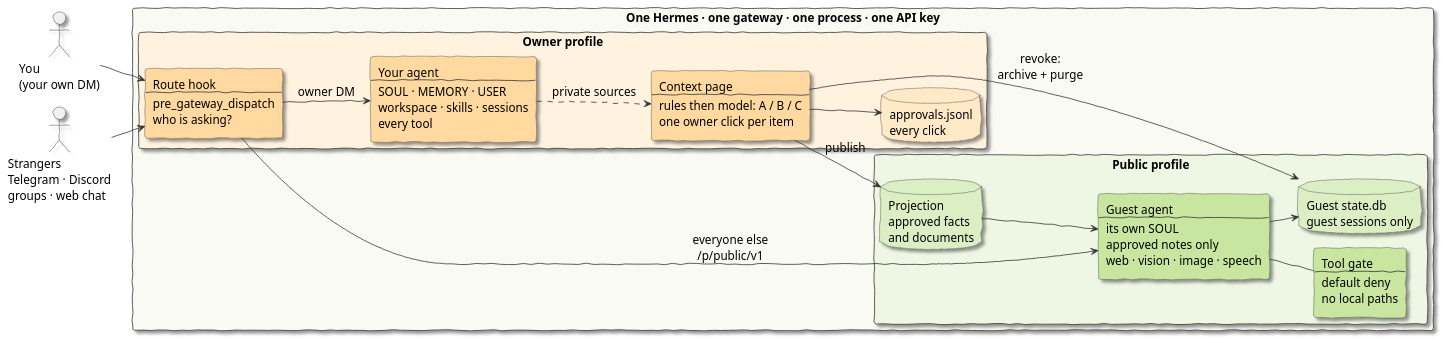
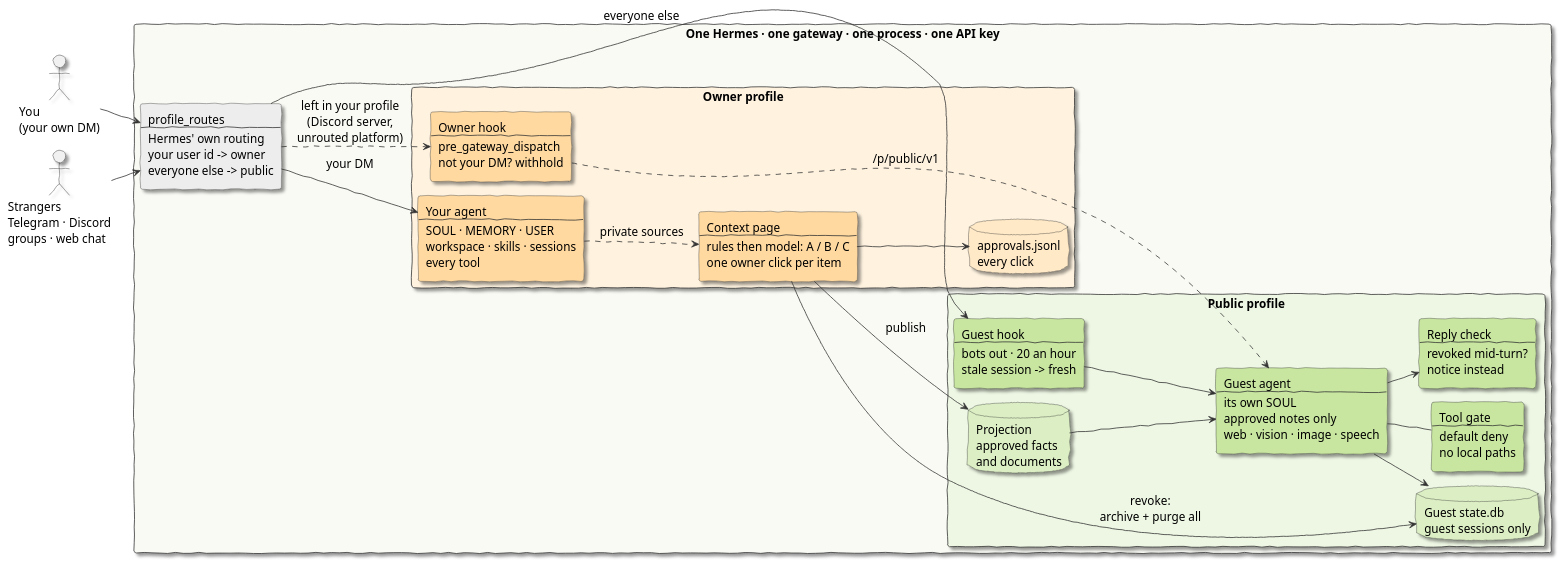
The diagram in docs/diagrams/overview.puml (dotv-7/salts-secrets-plugin), drawn with PlantUML before and after one commit. The commit also changed 20 other files, not shown here.

```diff
--- a/docs/diagrams/overview.puml
+++ b/docs/diagrams/overview.puml
@@ -1,47 +1,54 @@
 @startuml
 !pragma layout smetana
 skinparam handwritten true
 skinparam defaultFontName Dekko
 skinparam defaultFontSize 15
 skinparam shadowing true
 skinparam backgroundColor white
 skinparam ArrowColor #333333
 skinparam rectangle {
   RoundCorner 6
   BorderColor #333333
 }
 skinparam database {
   BorderColor #333333
 }
 left to right direction
 
 actor "You\n(your own DM)" as you
 actor "Strangers\nTelegram · Discord\ngroups · web chat" as guest
 
 rectangle "One Hermes · one gateway · one process · one API key" #FAFAF5 {
+  rectangle "profile_routes\n--\nHermes' own routing\nyour user id -> owner\neveryone else -> public" as routes #EDEDED
   rectangle "Owner profile" #FFF3E0 {
-    rectangle "Route hook\n--\npre_gateway_dispatch\nwho is asking?" as route #FFD9A0
     rectangle "Your agent\n--\nSOUL · MEMORY · USER\nworkspace · skills · sessions\nevery tool" as oagent #FFD9A0
+    rectangle "Owner hook\n--\npre_gateway_dispatch\nnot your DM? withhold" as ohook #FFD9A0
     rectangle "Context page\n--\nrules then model: A / B / C\none owner click per item" as board #FFD9A0
     database "approvals.jsonl\nevery click" as log #FFE9C7
   }
   rectangle "Public profile" #EEF7E4 {
+    rectangle "Guest hook\n--\nbots out · 20 an hour\nstale session -> fresh" as ghook #C8E6A0
     rectangle "Guest agent\n--\nits own SOUL\napproved notes only\nweb · vision · image · speech" as pagent #C8E6A0
     rectangle "Tool gate\n--\ndefault deny\nno local paths" as gate #C8E6A0
+    rectangle "Reply check\n--\nrevoked mid-turn?\nnotice instead" as rcheck #C8E6A0
     database "Projection\napproved facts\nand documents" as proj #DCEFC4
     database "Guest state.db\nguest sessions only" as pdb #DCEFC4
   }
 }
 
-you --> route
-guest --> route
-route --> oagent : owner DM
-route --> pagent : everyone else\n/p/public/v1
+you --> routes
+guest --> routes
+routes --> oagent : your DM
+routes --> ghook : everyone else
+routes ..> ohook : left in your profile\n(Discord server,\nunrouted platform)
+ohook ..> pagent : /p/public/v1
+ghook --> pagent
 oagent ..> board : private sources
 board --> proj : publish
 board --> log
-board --> pdb : revoke:\narchive + purge
+board --> pdb : revoke:\narchive + purge all
 proj --> pagent
 pagent -- gate
+pagent --> rcheck
 pagent --> pdb
 @enduml
```
